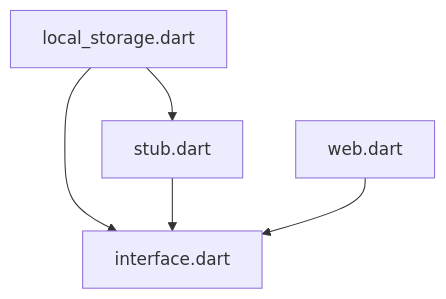
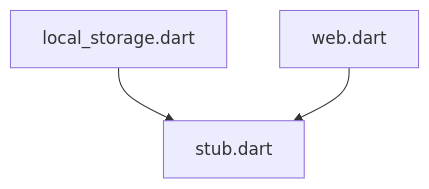
Before and after one commit to dart-lang/dart-pad: the diagram in pkgs/dartpad_ui/lib/local_storage/DEPENDENCIES.md, drawn with Mermaid. The commit also changed 9 other files, not shown here.

````diff
--- a/pkgs/dartpad_ui/lib/local_storage/DEPENDENCIES.md
+++ b/pkgs/dartpad_ui/lib/local_storage/DEPENDENCIES.md
@@ -6,7 +6,5 @@
 ```mermaid
 flowchart TD;
-local_storage.dart-->interface.dart;
 local_storage.dart-->stub.dart;
-stub.dart-->interface.dart;
-web.dart-->interface.dart;
+web.dart-->stub.dart;
 ```
````
